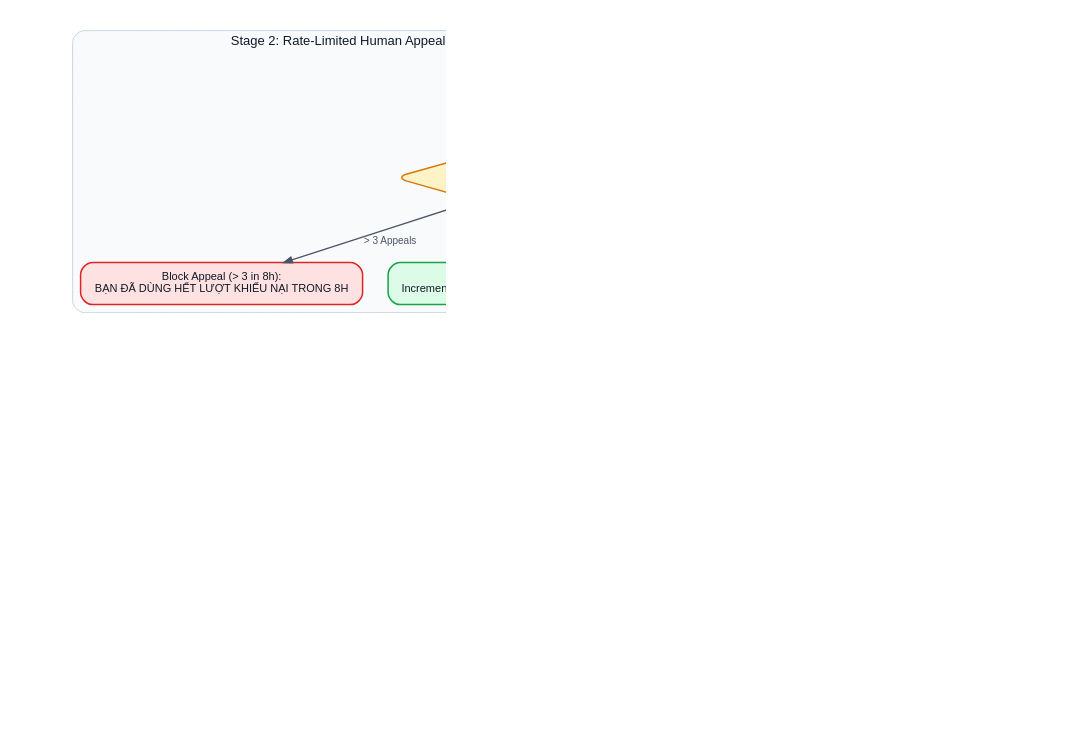
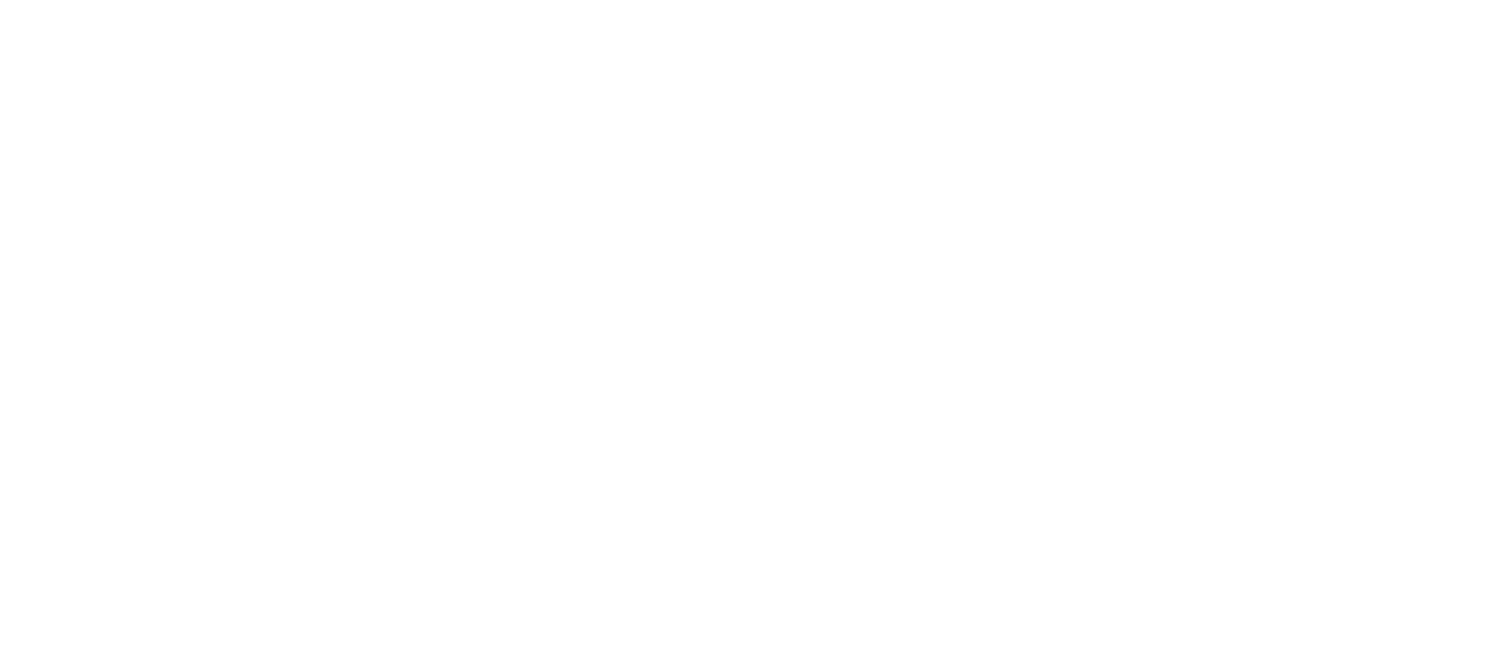
The diagram in docs/charts/06_component_5_telegram_driver_ux_moderation.dot (btanh3812155/survey-pipeline), drawn with Graphviz before and after one commit. The commit also changed 2 other files, not shown here.

Commit message:
docs: update component 5 flowchart to portray live group interaction and admin oversight

```diff
--- a/docs/charts/06_component_5_telegram_driver_ux_moderation.dot
+++ b/docs/charts/06_component_5_telegram_driver_ux_moderation.dot
@@ -1,48 +1,48 @@
 
 digraph G {
     graph [rankdir=TB, bgcolor="white", dpi=180, nodesep=0.35, ranksep=0.45, fontname="Helvetica, Arial, sans-serif", fontsize=13, fontcolor="#111827", pad="0.3,0.3"];
     node [fontname="Helvetica, Arial, sans-serif", fontsize=11, fontcolor="#111827", shape=box, style="rounded,filled", fillcolor="#f9fafb", color="#9ca3af", penwidth=1.5, margin="0.2,0.12"];
     edge [fontname="Helvetica, Arial, sans-serif", fontsize=10, fontcolor="#4b5563", color="#4b5563", penwidth=1.3, arrowsize=0.85];
 
-    subgraph cluster_driver_retake {
-        label="Stage 1: Driver Feedback & 1-Click Retake (Private 1-to-1 DM)";
+    subgraph cluster_group_hub {
+        label="1. Telegram Group Operational Hub (Drivers + Admins + Bot in Same Group)";
         style="rounded,filled"; fillcolor="#f8fafc"; color="#cbd5e1";
-        rej_in [label="Survey Rejection Notice\n(Exact Retake Guidance)", fillcolor="#fee2e2", color="#dc2626"];
-        deep_link [label="1-Click Telegram Deep Link\nt.me/bot?start=fix_ID_slot", fillcolor="#ffffff", color="#64748b"];
-        priv_dm [label="Driver Taps Link -> Opens Private 1-to-1 DM\n(Driver strictly sees ONLY their own chat!)", fillcolor="#e0f2fe", color="#0284c7"];
-        snap_fix [label="Driver Snaps & Sends Replacement Photo\n(Patches Slot in DB & R2 -> Approved!)", fillcolor="#dcfce7", color="#16a34a"];
+        tg_group [label="Telegram Group Chat / Forum\n(Drivers interact with Bot; Admins monitor all activity live)", fillcolor="#e0f2fe", color="#0284c7"];
+        driver_post [label="Driver Interacts in Group:\nPosts replacement photo / taps buttons / asks bot", fillcolor="#ffffff", color="#64748b"];
+        bot_reply [label="Bot Direct Reply in Group:\nQuotes driver with specific retake guidance & inline buttons", fillcolor="#dcfce7", color="#16a34a"];
+        admin_monitor [label="Admins Live Oversight:\nAdmins see all driver uploads, tickets & bot replies in real time", fillcolor="#fef3c7", color="#d97706"];
     }
 
     subgraph cluster_appeal_limit {
-        label="Stage 2: Rate-Limited Human Appeal (Max 3 / 8 Hours)";
+        label="2. Rate-Limited Appeal & Ephemeral Privacy Popups";
         style="rounded,filled"; fillcolor="#f8fafc"; color="#cbd5e1";
-        appeal_btn [label="Driver Taps Inline Button:\n🙋 Yêu cầu người thật kiểm tra lại", fillcolor="#fef3c7", color="#d97706"];
+        appeal_btn [label="Driver Taps Inline Button in Group:\n🙋 Yêu cầu người thật kiểm tra lại", fillcolor="#fef3c7", color="#d97706"];
         redis_limit [label="Redis Counter Check:\nAppeals in Last 8 Hours?", shape=diamond, fillcolor="#fef3c7", color="#d97706"];
-        block_appeal [label="Block Appeal (> 3 in 8h):\nBẠN ĐÃ DÙNG HẾT LƯỢT KHIẾU NẠI TRONG 8H", fillcolor="#fee2e2", color="#dc2626"];
-        allow_appeal [label="Allow Appeal (<= 3 in 8h):\nIncrement Counter (8h TTL) & status=APPEAL_PENDING", fillcolor="#dcfce7", color="#16a34a"];
+        block_popup [label="Ephemeral Popup Alert (showAlert=True):\nBẠN ĐÃ DÙNG HẾT LƯỢT KHIẾU NẠI TRONG 8H\n(Only tapping driver sees popup; others see nothing!)", fillcolor="#fee2e2", color="#dc2626"];
+        allow_appeal [label="Allow Appeal (<= 3 in 8h):\nIncrement 8h Counter & Alert Admins in Group", fillcolor="#dcfce7", color="#16a34a"];
     }
 
-    subgraph cluster_mod_group {
-        label="Stage 3: Telegram Admin Moderation Group & 3-Mode Dispatch";
+    subgraph cluster_admin_controls {
+        label="3. Admin Live Moderation & Dispatch Controls";
         style="rounded,filled"; fillcolor="#f8fafc"; color="#cbd5e1";
-        admin_group [label="Telegram Admin Moderation Group\n(Alerts with Photo + Driver Phone + Reason)", fillcolor="#fee2e2", color="#dc2626"];
-        mod_action [label="Admins Moderate with 1-Click Buttons\n[Duyệt ép] [Từ chối] [Cảnh cáo]", fillcolor="#ffffff", color="#64748b"];
-        mod_dispatch [label="Moderator Dispatch Controls", shape=diamond, fillcolor="#fef3c7", color="#d97706"];
-        mode1 [label="Mode 1: Internal Mod Note\n(Stays in Admin Group Only)", fillcolor="#f3f4f6", color="#6b7280"];
-        mode2 [label="Mode 2: Targeted Message (/send)\n(Relayed Privately to Driver 1-to-1 DM)", fillcolor="#e0f2fe", color="#0284c7"];
-        mode3 [label="Mode 3: Fleet Broadcast (/broadcast)\n(Pushed Individually to All Driver DMs)", fillcolor="#ede9fe", color="#7c3aed"];
+        mod_action [label="Admins Moderate Directly in Group\n1-Click Buttons: [Duyệt ép] [Từ chối] [Cảnh cáo]", fillcolor="#ffffff", color="#64748b"];
+        mod_dispatch [label="Admin Action Choice", shape=diamond, fillcolor="#fef3c7", color="#d97706"];
+        action_approve [label="Force Approve:\nPatch status=APPROVED -> Credit payout & sync client", fillcolor="#dcfce7", color="#16a34a"];
+        action_reject [label="Confirm Reject:\nBot informs driver with reason code in group thread", fillcolor="#fee2e2", color="#dc2626"];
+        action_warn [label="Formal Warning:\nBot issues compliance warning to driver", fillcolor="#fee2e2", color="#dc2626"];
     }
 
-    rej_in -> deep_link -> priv_dm -> snap_fix;
-    rej_in -> appeal_btn -> redis_limit;
-    redis_limit -> block_appeal [label="> 3 Appeals"];
+    tg_group -> driver_post -> bot_reply;
+    tg_group -> admin_monitor;
+    bot_reply -> appeal_btn -> redis_limit;
+    redis_limit -> block_popup [label="> 3 Appeals"];
     redis_limit -> allow_appeal [label="<= 3 Appeals"];
-    allow_appeal -> admin_group -> mod_action;
+    allow_appeal -> mod_action;
 
-    admin_group -> mod_dispatch;
-    mod_dispatch -> mode1 [label="Internal Chat"];
-    mod_dispatch -> mode2 [label="Direct Reply"];
-    mod_dispatch -> mode3 [label="Broadcast"];
-    mode2 -> priv_dm;
-    mode3 -> priv_dm;
+    mod_action -> mod_dispatch;
+    mod_dispatch -> action_approve [label="[Duyệt ép]"];
+    mod_dispatch -> action_reject [label="[Từ chối]"];
+    mod_dispatch -> action_warn [label="[Cảnh cáo]"];
+    action_approve -> bot_reply;
+    action_reject -> bot_reply;
 }
```
